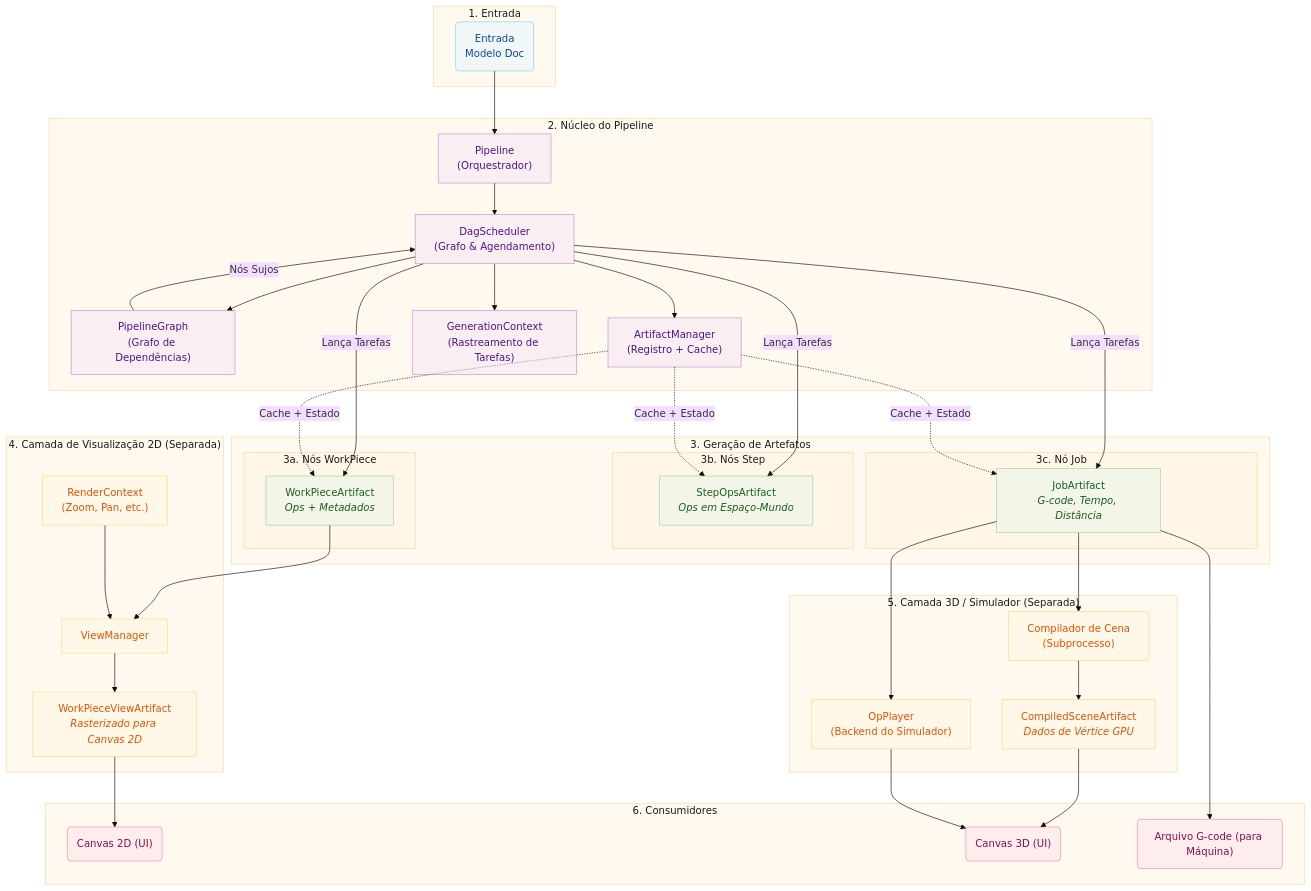
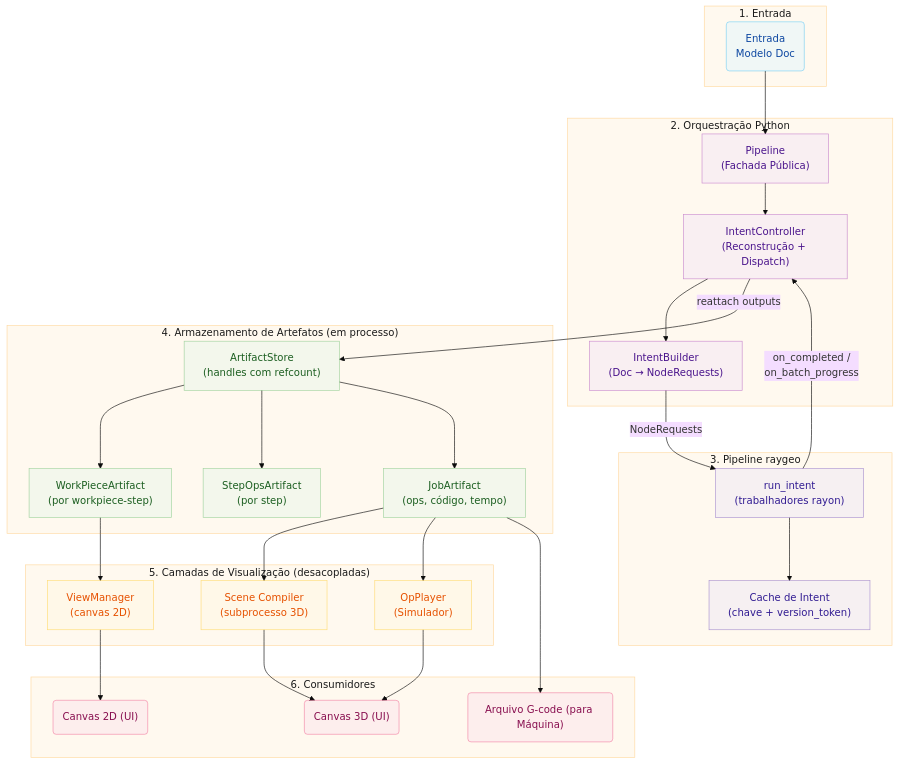
Before and after one commit to barebaric/rayforge: the diagram in website/i18n/pt-BR/docusaurus-plugin-content-docs/current/developer/pipeline.md, drawn with Mermaid (base theme). The commit also changed other lines of this file and 7 other files, not shown here.

````diff
--- a/website/i18n/pt-BR/docusaurus-plugin-content-docs/current/developer/pipeline.md
+++ b/website/i18n/pt-BR/docusaurus-plugin-content-docs/current/developer/pipeline.md
@@ -15,38 +21,28 @@
         InputNode("Entrada<br/>Modelo Doc")
     end
 
-    subgraph PipelineCore["2. Núcleo do Pipeline"]
-        Pipeline["Pipeline<br/>(Orquestrador)"]
-        DAG["DagScheduler<br/>(Grafo & Agendamento)"]
-        Graph["PipelineGraph<br/>(Grafo de Dependências)"]
-        AM["ArtifactManager<br/>(Registro + Cache)"]
-        GC["GenerationContext<br/>(Rastreamento de Tarefas)"]
+    subgraph PythonOrchestrator["2. Orquestração Python"]
+        Pipeline["Pipeline<br/>(Fachada Pública)"]
+        IC["IntentController<br/>(Reconstrução + Dispatch)"]
+        IB["IntentBuilder<br/>(Doc &rarr; NodeRequests)"]
     end
 
-    subgraph ArtifactGen["3. Geração de Artefatos"]
-        subgraph WorkPieceNodes["3a. Nós WorkPiece"]
-            WP["WorkPieceArtifact<br/><i>Ops + Metadados</i>"]
-        end
-
-        subgraph StepNodes["3b. Nós Step"]
-            SO["StepOpsArtifact<br/><i>Ops em Espaço-Mundo</i>"]
-        end
-
-        subgraph JobNode["3c. Nó Job"]
-            JA["JobArtifact<br/><i>G-code, Tempo, Distância</i>"]
-        end
+    subgraph Raygeo["3. Pipeline raygeo"]
+        RI["run_intent<br/>(trabalhadores rayon)"]
+        Cache["Cache de Intent<br/>(chave + version_token)"]
     end
 
-    subgraph View2D["4. Camada de Visualização 2D (Separada)"]
-        VM["ViewManager"]
-        RC["RenderContext<br/>(Zoom, Pan, etc.)"]
-        WV["WorkPieceViewArtifact<br/><i>Rasterizado para Canvas 2D</i>"]
+    subgraph Artifacts["4. Armazenamento de Artefatos (em processo)"]
+        Store["ArtifactStore<br/>(handles com refcount)"]
+        WP["WorkPieceArtifact<br/>(por workpiece-step)"]
+        SO["StepOpsArtifact<br/>(por step)"]
+        JA["JobArtifact<br/>(ops, código, tempo)"]
     end
 
-    subgraph View3D["5. Camada 3D / Simulador (Separada)"]
-        SC["Compilador de Cena<br/>(Subprocesso)"]
-        CS["CompiledSceneArtifact<br/><i>Dados de Vértice GPU</i>"]
-        OP["OpPlayer<br/>(Backend do Simulador)"]
+    subgraph View["5. Camadas de Visualização (desacopladas)"]
+        VM["ViewManager<br/>(canvas 2D)"]
+        SC["Scene Compiler<br/>(subprocesso 3D)"]
+        OP["OpPlayer<br/>(Simulador)"]
     end
 
     subgraph Consumers["6. Consumidores"]
@@ -56,43 +52,37 @@
     end
 
     InputNode --> Pipeline
-    Pipeline --> DAG
-    DAG --> Graph
-    DAG --> AM
-    DAG --> GC
-
-    Graph -->|"Nós Sujos"| DAG
-    DAG -->|"Lança Tarefas"| WP
-    DAG -->|"Lança Tarefas"| SO
-    DAG -->|"Lança Tarefas"| JA
-
-    AM -.->|"Cache + Estado"| WP
-    AM -.->|"Cache + Estado"| SO
-    AM -.->|"Cache + Estado"| JA
+    Pipeline --> IC
+    IC --> IB
+    IB -->|"NodeRequests"| RI
+    RI -->|"on_completed /<br/>on_batch_progress"| IC
+    RI --> Cache
+    IC -->|"reattach outputs"| Store
+    Store --> WP
+    Store --> SO
+    Store --> JA
 
     WP --> VM
     JA --> SC
     JA --> OP
     JA --> File
 
-    RC --> VM
-    VM --> WV
-    WV --> Vis2D
-
-    SC --> CS
-    CS --> Vis3D
+    VM --> Vis2D
+    SC --> Vis3D
     OP --> Vis3D
 
     classDef clusterBox fill:#fff3e080,stroke:#ffb74d80,stroke-width:1px,color:#1a1a1a
     classDef inputNode fill:#e1f5fe80,stroke:#03a9f480,color:#0d47a1
-    classDef coreNode fill:#f3e5f580,stroke:#9c27b080,color:#4a148c
+    classDef pyNode fill:#f3e5f580,stroke:#9c27b080,color:#4a148c
+    classDef raygeoNode fill:#ede7f680,stroke:#5e35b180,color:#311b92
     classDef artifactNode fill:#e8f5e980,stroke:#4caf5080,color:#1b5e20
     classDef viewNode fill:#fff8e180,stroke:#ffc10780,color:#e65100
     classDef consumerNode fill:#fce4ec80,stroke:#e91e6380,color:#880e4f
-    class Input,PipelineCore,ArtifactGen,WorkPieceNodes,StepNodes,JobNode,View2D,View3D,Consumers clusterBox
+    class Input,PythonOrchestrator,Raygeo,Artifacts,View,Consumers clusterBox
     class InputNode inputNode
-    class Pipeline,DAG,Graph,AM,GC coreNode
-    class WP,SO,JA artifactNode
-    class VM,RC,WV,SC,CS,OP viewNode
+    class Pipeline,IC,IB pyNode
+    class RI,Cache raygeoNode
+    class Store,WP,SO,JA artifactNode
+    class VM,SC,OP viewNode
     class Vis2D,Vis3D,File consumerNode
 ```
````
